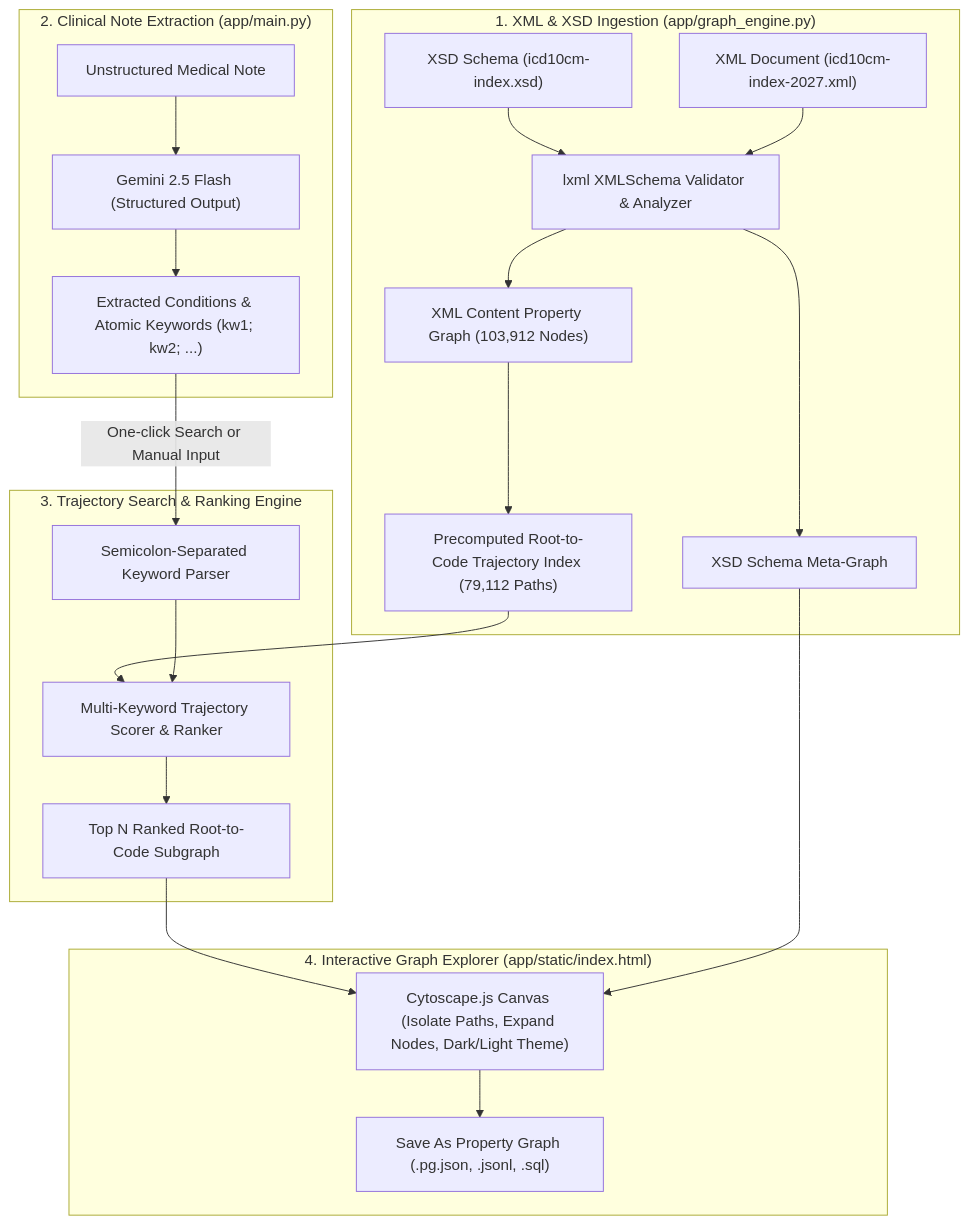
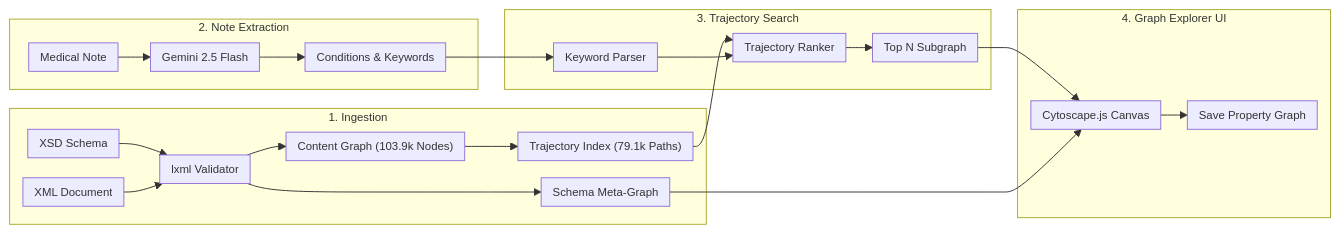
Before and after one commit to jeromemassot/Medical-Coding-based-on-ICD10-CM-Graph: the first of 2 diagrams in README.md, drawn with Mermaid.

Commit message:
refactoring of the mermaid diagram

````diff
--- a/README.md
+++ b/README.md
@@ -23,28 +23,29 @@
 ```mermaid
-flowchart TD
-    subgraph Ingestion["1. XML & XSD Ingestion (app/graph_engine.py)"]
-        XSD["XSD Schema (icd10cm-index.xsd)"] --> Validator["lxml XMLSchema Validator & Analyzer"]
-        XML["XML Document (icd10cm-index-2027.xml)"] --> Validator
-        Validator --> SchemaGraph["XSD Schema Meta-Graph"]
-        Validator --> ContentGraph["XML Content Property Graph (103,912 Nodes)"]
-        ContentGraph --> TrajIndex["Precomputed Root-to-Code Trajectory Index (79,112 Paths)"]
+%%{init: {'themeVariables': {'fontSize': '12px'}, 'flowchart': {'nodeSpacing': 18, 'rankSpacing': 28, 'padding': 6}}}%%
+flowchart LR
+    subgraph Ingestion["1. Ingestion"]
+        XSD["XSD Schema"] --> Validator["lxml Validator"]
+        XML["XML Document"] --> Validator
+        Validator --> SchemaGraph["Schema Meta-Graph"]
+        Validator --> ContentGraph["Content Graph (103.9k Nodes)"]
+        ContentGraph --> TrajIndex["Trajectory Index (79.1k Paths)"]
     end
 
-    subgraph Extraction["2. Clinical Note Extraction (app/main.py)"]
-        Note["Unstructured Medical Note"] --> Gemini["Gemini 2.5 Flash (Structured Output)"]
-        Gemini --> CondList["Extracted Conditions & Atomic Keywords (kw1; kw2; ...)"]
+    subgraph Extraction["2. Note Extraction"]
+        Note["Medical Note"] --> Gemini["Gemini 2.5 Flash"]
+        Gemini --> CondList["Conditions & Keywords"]
     end
 
-    subgraph Search["3. Trajectory Search & Ranking Engine"]
-        CondList -->|"One-click Search or Manual Input"| QueryParser["Semicolon-Separated Keyword Parser"]
-        TrajIndex --> Ranker["Multi-Keyword Trajectory Scorer & Ranker"]
+    subgraph Search["3. Trajectory Search"]
+        CondList --> QueryParser["Keyword Parser"]
+        TrajIndex --> Ranker["Trajectory Ranker"]
         QueryParser --> Ranker
-        Ranker --> TopN["Top N Ranked Root-to-Code Subgraph"]
+        Ranker --> TopN["Top N Subgraph"]
     end
 
-    subgraph UI["4. Interactive Graph Explorer (app/static/index.html)"]
-        TopN --> Canvas["Cytoscape.js Canvas (Isolate Paths, Expand Nodes, Dark/Light Theme)"]
+    subgraph UI["4. Graph Explorer UI"]
+        TopN --> Canvas["Cytoscape.js Canvas"]
         SchemaGraph --> Canvas
-        Canvas --> Export["Save As Property Graph (.pg.json, .jsonl, .sql)"]
+        Canvas --> Export["Save Property Graph"]
     end
 ```
````
